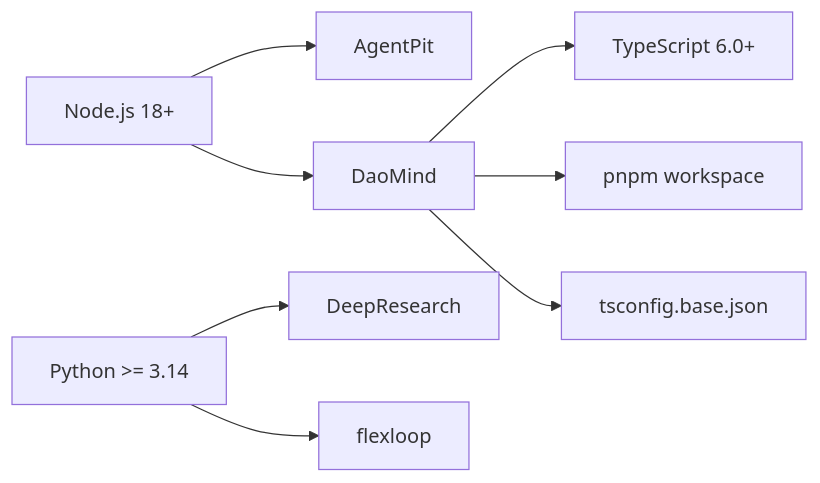
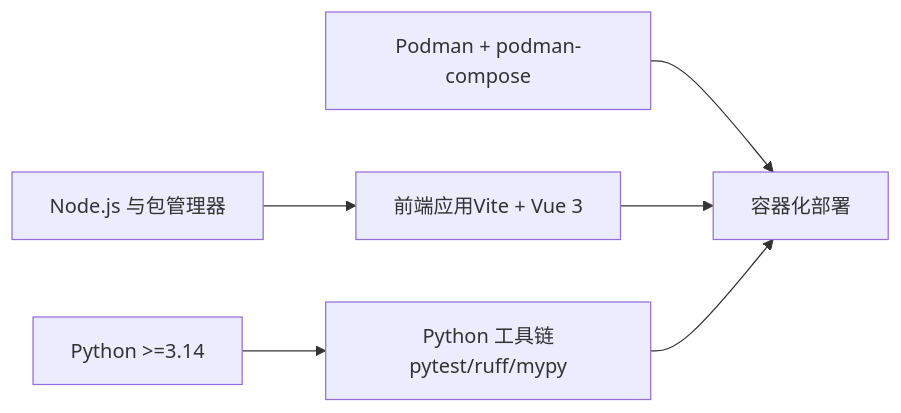
One commit to daoApps/daoApps changed the sixth of 6 diagrams in .qoder/repowiki/zh/content/快速开始.md. Above: the diagram before and after it, drawn with Mermaid. The commit also changed other lines of this file and 274 other files, not shown here.

````diff
--- a/.qoder/repowiki/zh/content/快速开始.md
+++ b/.qoder/repowiki/zh/content/快速开始.md
@@ -287,10 +196,8 @@
 ```mermaid
 graph LR
-Node["Node.js 18+"] --> AP["AgentPit"]
-Node --> DM["DaoMind"]
-DM --> TS["TypeScript 6.0+"]
-DM --> PNPM["pnpm workspace"]
-DM --> TSBase["tsconfig.base.json"]
-Python["Python >= 3.14"] --> DR["DeepResearch"]
-Python --> FL["flexloop"]
+Node["Node.js 与包管理器"] --> FE["前端应用Vite + Vue 3"]
+Py["Python >=3.14"] --> Tools["Python 工具链pytest/ruff/mypy"]
+Podman["Podman + podman-compose"] --> Container["容器化部署"]
+FE --> Container
+Tools --> Container
 ```
````
